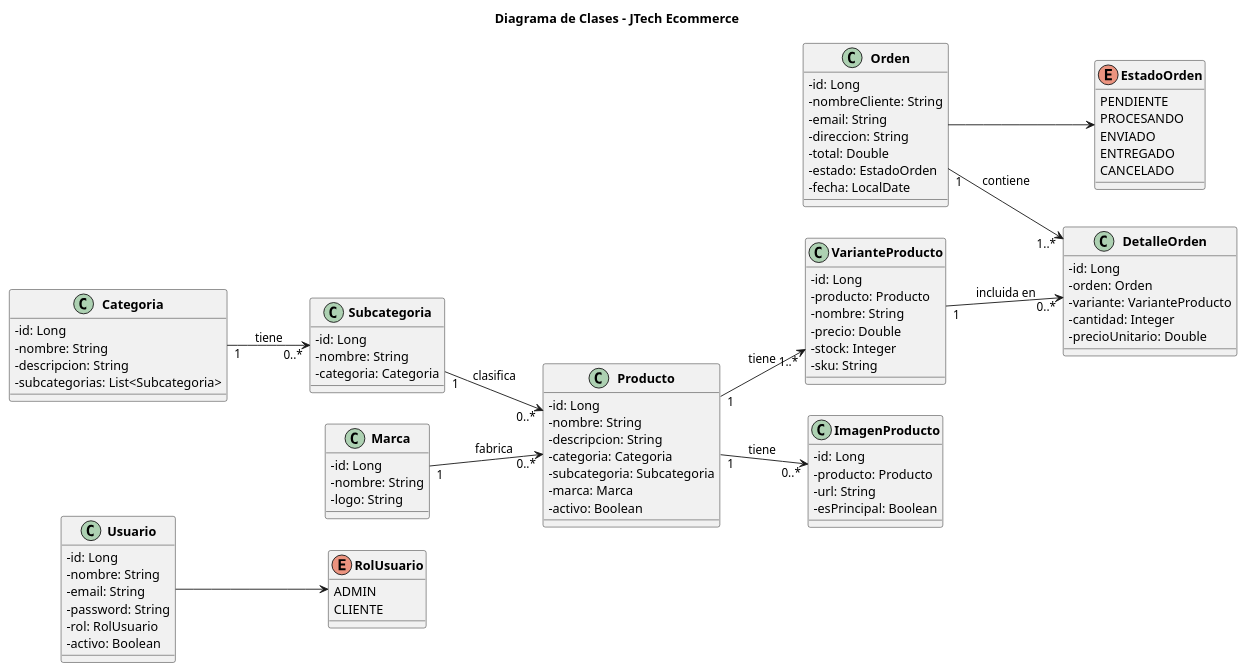
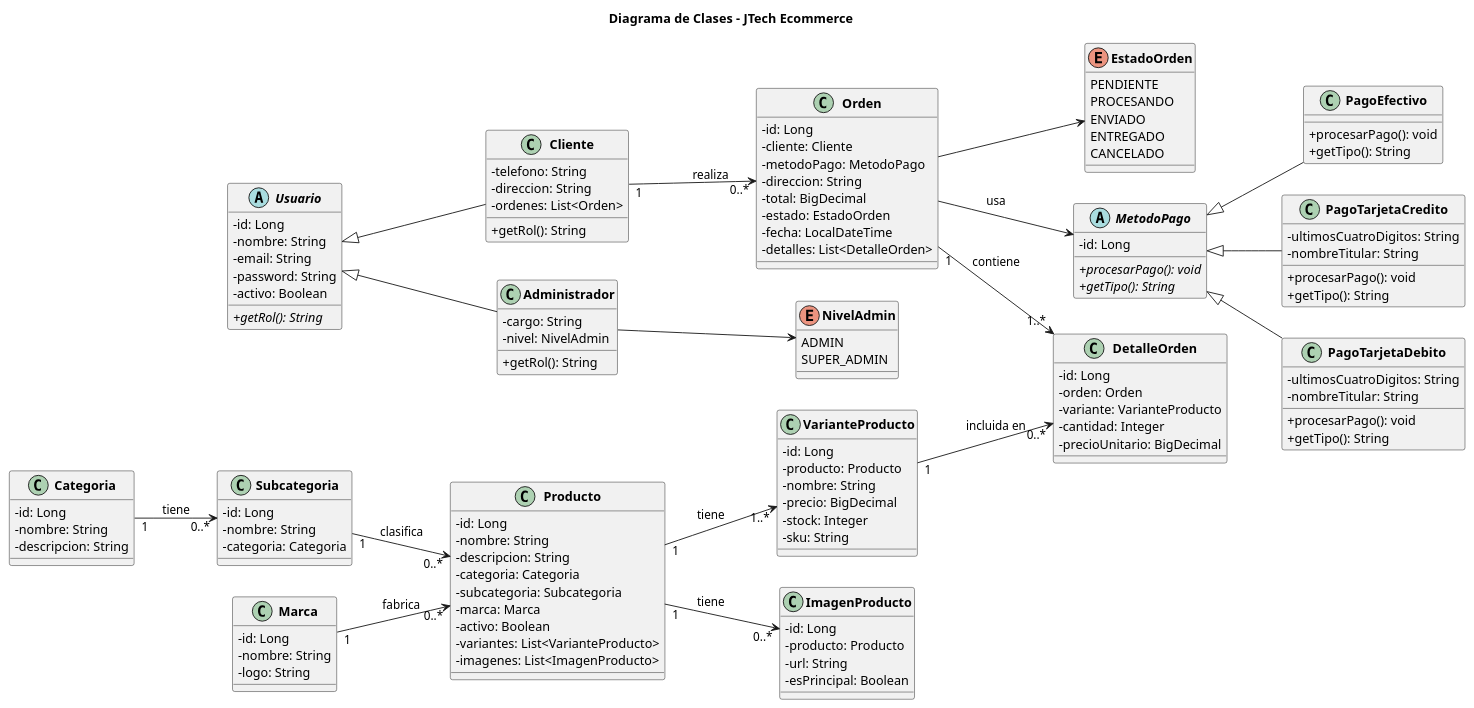
The diagram in documentation/diagrama_clases.puml (EmmanuelAlmario/JTechApp), drawn with PlantUML before and after one commit. The commit also changed 37 other files, not shown here.

```diff
--- a/documentation/diagrama_clases.puml
+++ b/documentation/diagrama_clases.puml
@@ -1,102 +1,152 @@
 @startuml diagrama_clases_jtech
 title Diagrama de Clases - JTech Ecommerce
+
 left to right direction
 skinparam classAttributeIconSize 0
 skinparam classFontStyle Bold
 
-enum RolUsuario {
-  ADMIN
-  CLIENTE
+enum NivelAdmin {
+    ADMIN
+    SUPER_ADMIN
 }
 
 enum EstadoOrden {
-  PENDIENTE
-  PROCESANDO
-  ENVIADO
-  ENTREGADO
-  CANCELADO
+    PENDIENTE
+    PROCESANDO
+    ENVIADO
+    ENTREGADO
+    CANCELADO
 }
 
-class Usuario {
-  - id: Long
-  - nombre: String
-  - email: String
-  - password: String
-  - rol: RolUsuario
-  - activo: Boolean
+abstract class Usuario {
+    - id: Long
+    - nombre: String
+    - email: String
+    - password: String
+    - activo: Boolean
+    + {abstract} getRol(): String
+}
+
+class Cliente {
+    - telefono: String
+    - direccion: String
+    - ordenes: List<Orden>
+    + getRol(): String
+}
+
+class Administrador {
+    - cargo: String
+    - nivel: NivelAdmin
+    + getRol(): String
+}
+
+abstract class MetodoPago {
+    - id: Long
+    + {abstract} procesarPago(): void
+    + {abstract} getTipo(): String
+}
+
+class PagoEfectivo {
+    + procesarPago(): void
+    + getTipo(): String
+}
+
+class PagoTarjetaCredito {
+    - ultimosCuatroDigitos: String
+    - nombreTitular: String
+    + procesarPago(): void
+    + getTipo(): String
+}
+
+class PagoTarjetaDebito {
+    - ultimosCuatroDigitos: String
+    - nombreTitular: String
+    + procesarPago(): void
+    + getTipo(): String
 }
 
 class Categoria {
-  - id: Long
-  - nombre: String
-  - descripcion: String
-  - subcategorias: List<Subcategoria>
+    - id: Long
+    - nombre: String
+    - descripcion: String
 }
 
 class Subcategoria {
-  - id: Long
-  - nombre: String
-  - categoria: Categoria
+    - id: Long
+    - nombre: String
+    - categoria: Categoria
 }
 
 class Marca {
-  - id: Long
-  - nombre: String
-  - logo: String
+    - id: Long
+    - nombre: String
+    - logo: String
 }
 
 class Producto {
-  - id: Long
-  - nombre: String
-  - descripcion: String
-  - categoria: Categoria
-  - subcategoria: Subcategoria
-  - marca: Marca
-  - activo: Boolean
+    - id: Long
+    - nombre: String
+    - descripcion: String
+    - categoria: Categoria
+    - subcategoria: Subcategoria
+    - marca: Marca
+    - activo: Boolean
+    - variantes: List<VarianteProducto>
+    - imagenes: List<ImagenProducto>
 }
 
 class VarianteProducto {
-  - id: Long
-  - producto: Producto
-  - nombre: String
-  - precio: Double
-  - stock: Integer
-  - sku: String
+    - id: Long
+    - producto: Producto
+    - nombre: String
+    - precio: BigDecimal
+    - stock: Integer
+    - sku: String
 }
 
 class ImagenProducto {
-  - id: Long
-  - producto: Producto
-  - url: String
-  - esPrincipal: Boolean
+    - id: Long
+    - producto: Producto
+    - url: String
+    - esPrincipal: Boolean
 }
 
 class Orden {
-  - id: Long
-  - nombreCliente: String
-  - email: String
-  - direccion: String
-  - total: Double
-  - estado: EstadoOrden
-  - fecha: LocalDate
+    - id: Long
+    - cliente: Cliente
+    - metodoPago: MetodoPago
+    - direccion: String
+    - total: BigDecimal
+    - estado: EstadoOrden
+    - fecha: LocalDateTime
+    - detalles: List<DetalleOrden>
 }
 
 class DetalleOrden {
-  - id: Long
-  - orden: Orden
-  - variante: VarianteProducto
-  - cantidad: Integer
-  - precioUnitario: Double
+    - id: Long
+    - orden: Orden
+    - variante: VarianteProducto
+    - cantidad: Integer
+    - precioUnitario: BigDecimal
 }
+
+Usuario <|-- Cliente
+Usuario <|-- Administrador
+MetodoPago <|-- PagoEfectivo
+MetodoPago <|-- PagoTarjetaCredito
+MetodoPago <|-- PagoTarjetaDebito
+
+Administrador --> NivelAdmin
+Orden --> EstadoOrden
 
 Categoria "1" --> "0..*" Subcategoria : tiene
 Subcategoria "1" --> "0..*" Producto : clasifica
 Marca "1" --> "0..*" Producto : fabrica
 Producto "1" --> "1..*" VarianteProducto : tiene
 Producto "1" --> "0..*" ImagenProducto : tiene
+Cliente "1" --> "0..*" Orden : realiza
 Orden "1" --> "1..*" DetalleOrden : contiene
+Orden --> MetodoPago : usa
 VarianteProducto "1" --> "0..*" DetalleOrden : incluida en
-Usuario --> RolUsuario
-Orden --> EstadoOrden
 
 @enduml
```
